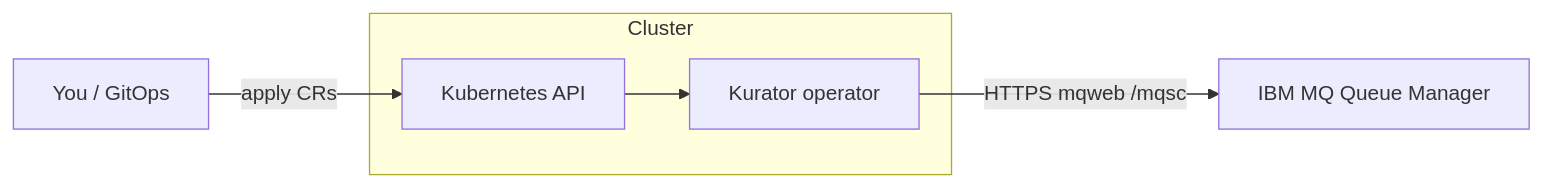
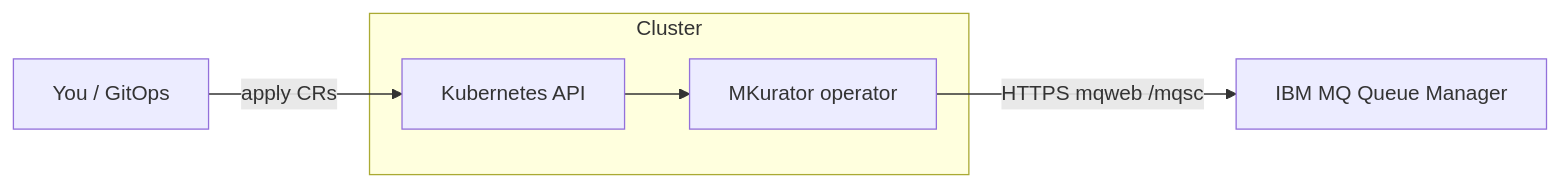
Before and after one commit to PlatformRelay/MKurator: the diagram in docs/INSTALL_AND_USE.md, drawn with Mermaid. The commit also changed other lines of this file and 290 other files, not shown here.

First line of the commit message:
refactor!: :truck: rename project Kurator to MKurator

````diff
--- a/docs/INSTALL_AND_USE.md
+++ b/docs/INSTALL_AND_USE.md
@@ -315,9 +315,9 @@
 ```mermaid
 flowchart LR
   user["You / GitOps"] -->|"apply CRs"| api["Kubernetes API"]
   subgraph k8s [Cluster]
-    op["Kurator operator"]
+    op["MKurator operator"]
     api --> op
   end
   op -->|"HTTPS mqweb /mqsc"| qm["IBM MQ Queue Manager"]
 ```
````
